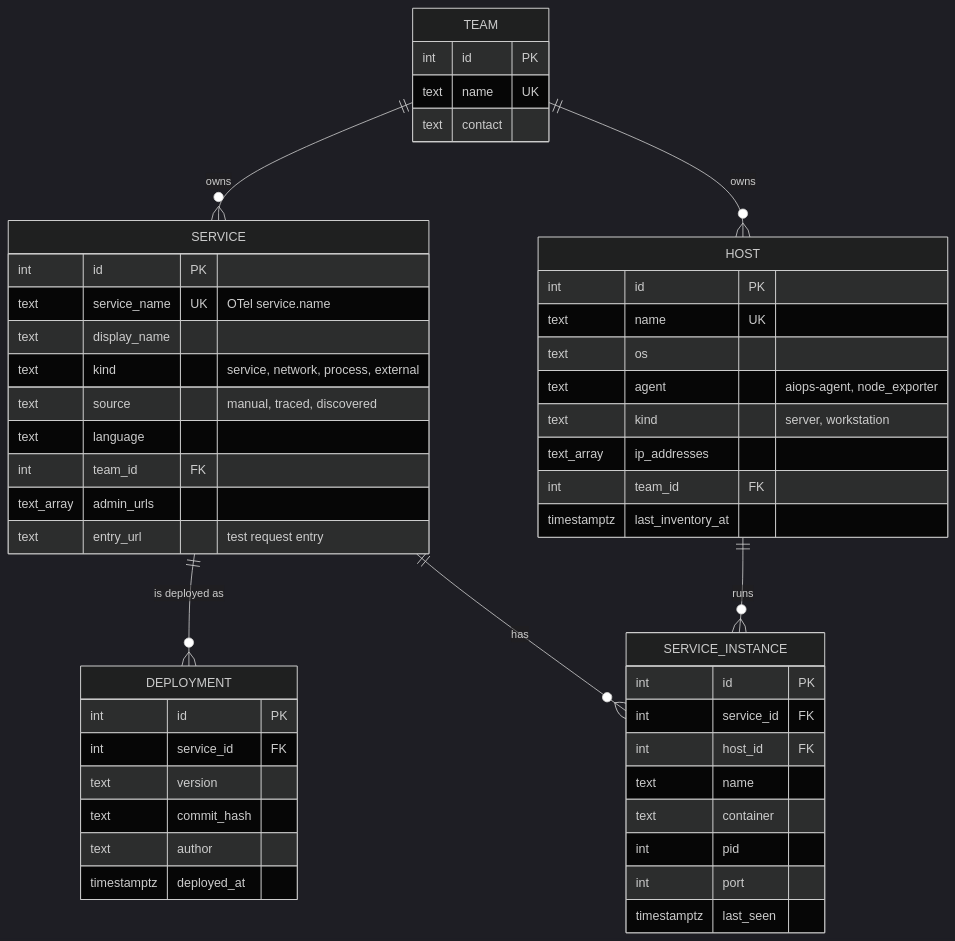
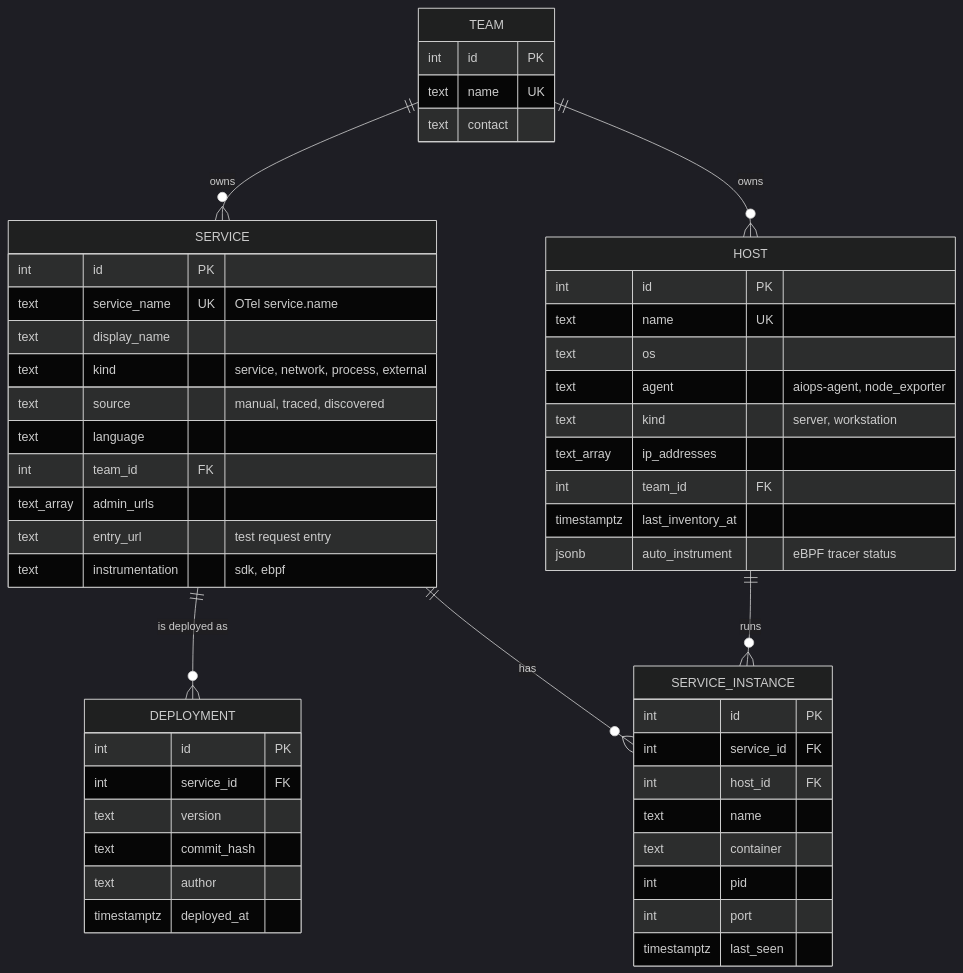
One commit to SIT-AiOps-Preventive-Incidents/AiOps-POC changed the first of 6 diagrams in docs/database-er-diagram.md. Above: the diagram before and after it, drawn with Mermaid (dark theme). The commit also changed other lines of this file and 57 other files, not shown here.

````diff
--- a/docs/database-er-diagram.md
+++ b/docs/database-er-diagram.md
@@ -14,52 +14,54 @@
 ```mermaid
 erDiagram
   TEAM ||--o{ SERVICE : owns
   TEAM ||--o{ HOST : owns
   SERVICE ||--o{ DEPLOYMENT : "is deployed as"
   SERVICE ||--o{ SERVICE_INSTANCE : has
   HOST ||--o{ SERVICE_INSTANCE : runs
   TEAM {
     int id PK
     text name UK
     text contact
   }
   SERVICE {
     int id PK
     text service_name UK "OTel service.name"
     text display_name
     text kind "service, network, process, external"
     text source "manual, traced, discovered"
     text language
     int team_id FK
     text_array admin_urls
     text entry_url "test request entry"
+    text instrumentation "sdk, ebpf"
   }
   HOST {
     int id PK
     text name UK
     text os
     text agent "aiops-agent, node_exporter"
     text kind "server, workstation"
     text_array ip_addresses
     int team_id FK
     timestamptz last_inventory_at
+    jsonb auto_instrument "eBPF tracer status"
   }
   DEPLOYMENT {
     int id PK
     int service_id FK
     text version
     text commit_hash
     text author
     timestamptz deployed_at
   }
   SERVICE_INSTANCE {
     int id PK
     int service_id FK
     int host_id FK
     text name
     text container
     int pid
     int port
     timestamptz last_seen
   }
 ```
````
